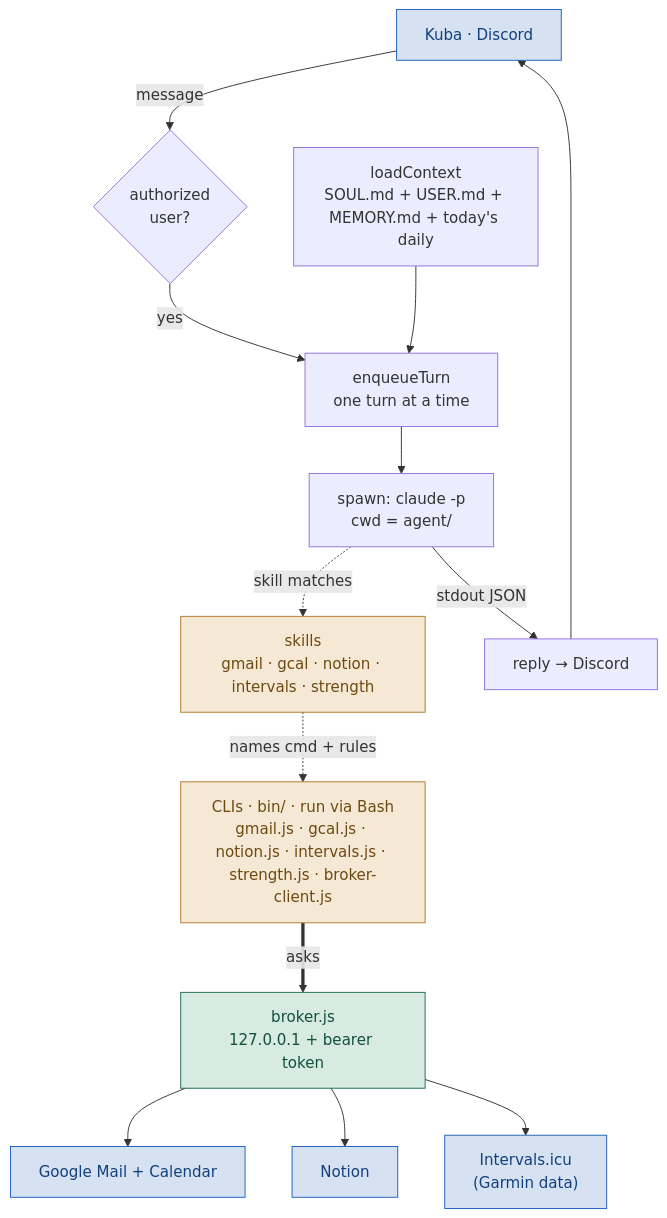
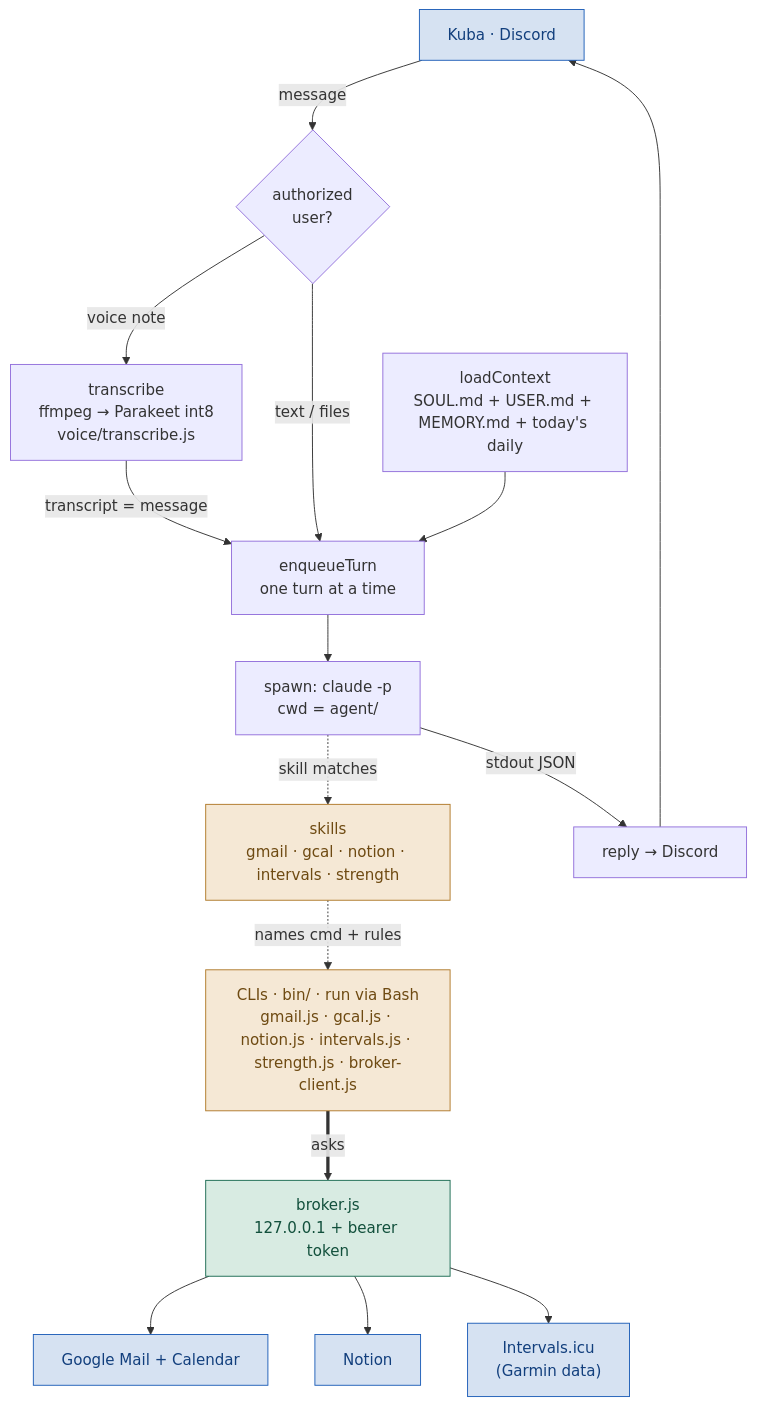
One commit to KubaJerz/alfred-node changed the first of 6 diagrams in SYSTEM-MAP.md. Above: the diagram before and after it, drawn with Mermaid. The commit also changed other lines of this file and 9 other files, not shown here.

First line of the commit message:
feat: voice messages → on-device transcription (Parakeet int8)

````diff
--- a/SYSTEM-MAP.md
+++ b/SYSTEM-MAP.md
@@ -57,21 +57,23 @@
 ```mermaid
 flowchart TD
     U["Kuba · Discord"] -->|message| GATE{"authorized<br/>user?"}
-    GATE -->|yes| Q["enqueueTurn<br/>one turn at a time"]
+    GATE -->|"voice note"| TR["transcribe<br/>ffmpeg → Parakeet int8<br/>voice/transcribe.js"]
+    TR -->|"transcript = message"| Q
+    GATE -->|"text / files"| Q["enqueueTurn<br/>one turn at a time"]
     CTX["loadContext<br/>SOUL.md + USER.md + MEMORY.md + today's daily"] --> Q
     Q --> SPAWN["spawn: claude -p<br/>cwd = agent/"]
     SPAWN -.->|"skill matches"| SK["skills<br/>gmail · gcal · notion · intervals · strength"]
     SK -.->|"names cmd + rules"| CLIS["CLIs · bin/ · run via Bash<br/>gmail.js · gcal.js · notion.js · intervals.js · strength.js · broker-client.js"]
     CLIS ==>|"asks"| BR["broker.js<br/>127.0.0.1 + bearer token"]
     BR --> G["Google Mail + Calendar"]
     BR --> N["Notion"]
     BR --> I["Intervals.icu<br/>(Garmin data)"]
     SPAWN -->|"stdout JSON"| R["reply → Discord"]
     R --> U
     classDef external fill:#d6e2f2,stroke:#1f5fb8,color:#123f7d
     classDef gateway fill:#d8ebe2,stroke:#1b6b52,color:#12503c
     classDef stack fill:#f5e8d5,stroke:#b07a2a,color:#6e4a12
     class U,G,N,I external
     class BR gateway
     class SK,CLIS stack
 ```
````
